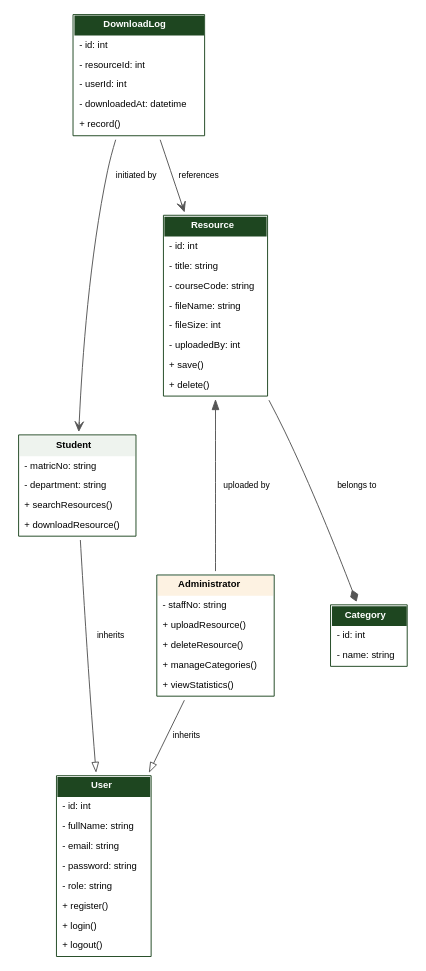
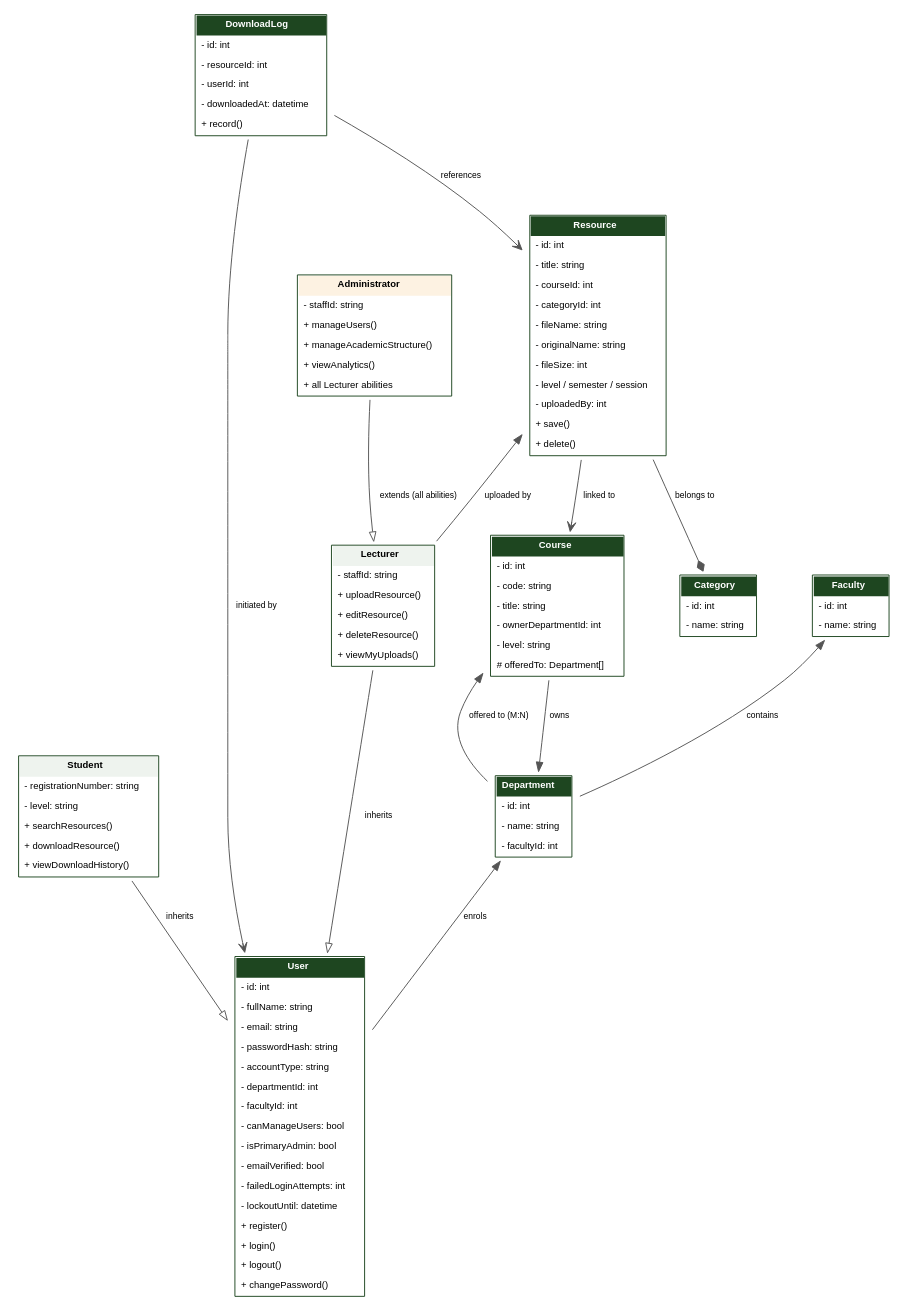
One commit to Hopejohn2004/uniuyp-academic-resource-platform changed the diagram in diagrams/class.dot. Above: the diagram before and after it, drawn with Graphviz. The commit also changed 29 other files, not shown here.

```diff
--- a/diagrams/class.dot
+++ b/diagrams/class.dot
@@ -1,81 +1,139 @@
 digraph ClassDiagram {
   rankdir=TB;
   graph [fontname="Helvetica", nodesep=0.6, ranksep=0.9, bgcolor="white"];
   node [shape=none, fontname="Helvetica", fontsize=10];
   edge [fontname="Helvetica", fontsize=9, color="#555555"];
 
   User [label=<
     <table border="1" cellborder="0" cellspacing="0" cellpadding="5" bgcolor="white" color="#1e4620">
       <tr><td bgcolor="#1e4620"><font color="white"><b>User</b></font></td></tr>
       <tr><td align="left">- id: int</td></tr>
       <tr><td align="left">- fullName: string</td></tr>
       <tr><td align="left">- email: string</td></tr>
-      <tr><td align="left">- password: string</td></tr>
-      <tr><td align="left">- role: string</td></tr>
+      <tr><td align="left">- passwordHash: string</td></tr>
+      <tr><td align="left">- accountType: string</td></tr>
+      <tr><td align="left">- departmentId: int</td></tr>
+      <tr><td align="left">- facultyId: int</td></tr>
+      <tr><td align="left">- canManageUsers: bool</td></tr>
+      <tr><td align="left">- isPrimaryAdmin: bool</td></tr>
+      <tr><td align="left">- emailVerified: bool</td></tr>
+      <tr><td align="left">- failedLoginAttempts: int</td></tr>
+      <tr><td align="left">- lockoutUntil: datetime</td></tr>
       <tr><td align="left">+ register()</td></tr>
       <tr><td align="left">+ login()</td></tr>
       <tr><td align="left">+ logout()</td></tr>
+      <tr><td align="left">+ changePassword()</td></tr>
     </table>
   >];
 
   Student [label=<
     <table border="1" cellborder="0" cellspacing="0" cellpadding="5" bgcolor="white" color="#1e4620">
       <tr><td bgcolor="#eef3ee"><b>Student</b></td></tr>
-      <tr><td align="left">- matricNo: string</td></tr>
-      <tr><td align="left">- department: string</td></tr>
+      <tr><td align="left">- registrationNumber: string</td></tr>
+      <tr><td align="left">- level: string</td></tr>
       <tr><td align="left">+ searchResources()</td></tr>
       <tr><td align="left">+ downloadResource()</td></tr>
+      <tr><td align="left">+ viewDownloadHistory()</td></tr>
     </table>
   >];
 
-  Admin [label=<
+  Lecturer [label=<
+    <table border="1" cellborder="0" cellspacing="0" cellpadding="5" bgcolor="white" color="#1e4620">
+      <tr><td bgcolor="#eef3ee"><b>Lecturer</b></td></tr>
+      <tr><td align="left">- staffId: string</td></tr>
+      <tr><td align="left">+ uploadResource()</td></tr>
+      <tr><td align="left">+ editResource()</td></tr>
+      <tr><td align="left">+ deleteResource()</td></tr>
+      <tr><td align="left">+ viewMyUploads()</td></tr>
+    </table>
+  >];
+
+  Administrator [label=<
     <table border="1" cellborder="0" cellspacing="0" cellpadding="5" bgcolor="white" color="#1e4620">
       <tr><td bgcolor="#fdf2e2"><b>Administrator</b></td></tr>
-      <tr><td align="left">- staffNo: string</td></tr>
-      <tr><td align="left">+ uploadResource()</td></tr>
-      <tr><td align="left">+ deleteResource()</td></tr>
-      <tr><td align="left">+ manageCategories()</td></tr>
-      <tr><td align="left">+ viewStatistics()</td></tr>
+      <tr><td align="left">- staffId: string</td></tr>
+      <tr><td align="left">+ manageUsers()</td></tr>
+      <tr><td align="left">+ manageAcademicStructure()</td></tr>
+      <tr><td align="left">+ viewAnalytics()</td></tr>
+      <tr><td align="left">+ all Lecturer abilities</td></tr>
+    </table>
+  >];
+
+  Faculty [label=<
+    <table border="1" cellborder="0" cellspacing="0" cellpadding="5" bgcolor="white" color="#1e4620">
+      <tr><td bgcolor="#1e4620"><font color="white"><b>Faculty</b></font></td></tr>
+      <tr><td align="left">- id: int</td></tr>
+      <tr><td align="left">- name: string</td></tr>
+    </table>
+  >];
+
+  Department [label=<
+    <table border="1" cellborder="0" cellspacing="0" cellpadding="5" bgcolor="white" color="#1e4620">
+      <tr><td bgcolor="#1e4620"><font color="white"><b>Department</b></font></td></tr>
+      <tr><td align="left">- id: int</td></tr>
+      <tr><td align="left">- name: string</td></tr>
+      <tr><td align="left">- facultyId: int</td></tr>
+    </table>
+  >];
+
+  Course [label=<
+    <table border="1" cellborder="0" cellspacing="0" cellpadding="5" bgcolor="white" color="#1e4620">
+      <tr><td bgcolor="#1e4620"><font color="white"><b>Course</b></font></td></tr>
+      <tr><td align="left">- id: int</td></tr>
+      <tr><td align="left">- code: string</td></tr>
+      <tr><td align="left">- title: string</td></tr>
+      <tr><td align="left">- ownerDepartmentId: int</td></tr>
+      <tr><td align="left">- level: string</td></tr>
+      <tr><td align="left"># offeredTo: Department[]</td></tr>
     </table>
   >];
 
   Resource [label=<
     <table border="1" cellborder="0" cellspacing="0" cellpadding="5" bgcolor="white" color="#1e4620">
       <tr><td bgcolor="#1e4620"><font color="white"><b>Resource</b></font></td></tr>
       <tr><td align="left">- id: int</td></tr>
       <tr><td align="left">- title: string</td></tr>
-      <tr><td align="left">- courseCode: string</td></tr>
+      <tr><td align="left">- courseId: int</td></tr>
+      <tr><td align="left">- categoryId: int</td></tr>
       <tr><td align="left">- fileName: string</td></tr>
+      <tr><td align="left">- originalName: string</td></tr>
       <tr><td align="left">- fileSize: int</td></tr>
+      <tr><td align="left">- level / semester / session</td></tr>
       <tr><td align="left">- uploadedBy: int</td></tr>
       <tr><td align="left">+ save()</td></tr>
       <tr><td align="left">+ delete()</td></tr>
     </table>
   >];
 
   Category [label=<
     <table border="1" cellborder="0" cellspacing="0" cellpadding="5" bgcolor="white" color="#1e4620">
       <tr><td bgcolor="#1e4620"><font color="white"><b>Category</b></font></td></tr>
       <tr><td align="left">- id: int</td></tr>
       <tr><td align="left">- name: string</td></tr>
     </table>
   >];
 
   Download [label=<
     <table border="1" cellborder="0" cellspacing="0" cellpadding="5" bgcolor="white" color="#1e4620">
       <tr><td bgcolor="#1e4620"><font color="white"><b>DownloadLog</b></font></td></tr>
       <tr><td align="left">- id: int</td></tr>
       <tr><td align="left">- resourceId: int</td></tr>
       <tr><td align="left">- userId: int</td></tr>
       <tr><td align="left">- downloadedAt: datetime</td></tr>
       <tr><td align="left">+ record()</td></tr>
     </table>
   >];
 
   Student -> User [arrowhead=empty, label="  inherits"];
-  Admin -> User [arrowhead=empty, label="  inherits"];
+  Lecturer -> User [arrowhead=empty, label="  inherits"];
+  Administrator -> Lecturer [arrowhead=empty, label="  extends (all abilities)"];
+  Faculty -> Department [arrowhead=vee, label="  contains", dir=back];
+  Department -> User [arrowhead=vee, label="  enrols", dir=back];
+  Department -> Course [arrowhead=vee, label="  owns", dir=back];
+  Course -> Department [arrowhead=vee, label="  offered to (M:N)", dir=back];
   Resource -> Category [arrowhead=diamond, label="  belongs to"];
-  Resource -> Admin [arrowhead=vee, label="  uploaded by", dir=back];
+  Resource -> Course [arrowhead=vee, label="  linked to"];
+  Resource -> Lecturer [arrowhead=vee, label="  uploaded by", dir=back];
   Download -> Resource [arrowhead=vee, label="  references"];
-  Download -> Student [arrowhead=vee, label="  initiated by"];
+  Download -> User [arrowhead=vee, label="  initiated by"];
 }
```
